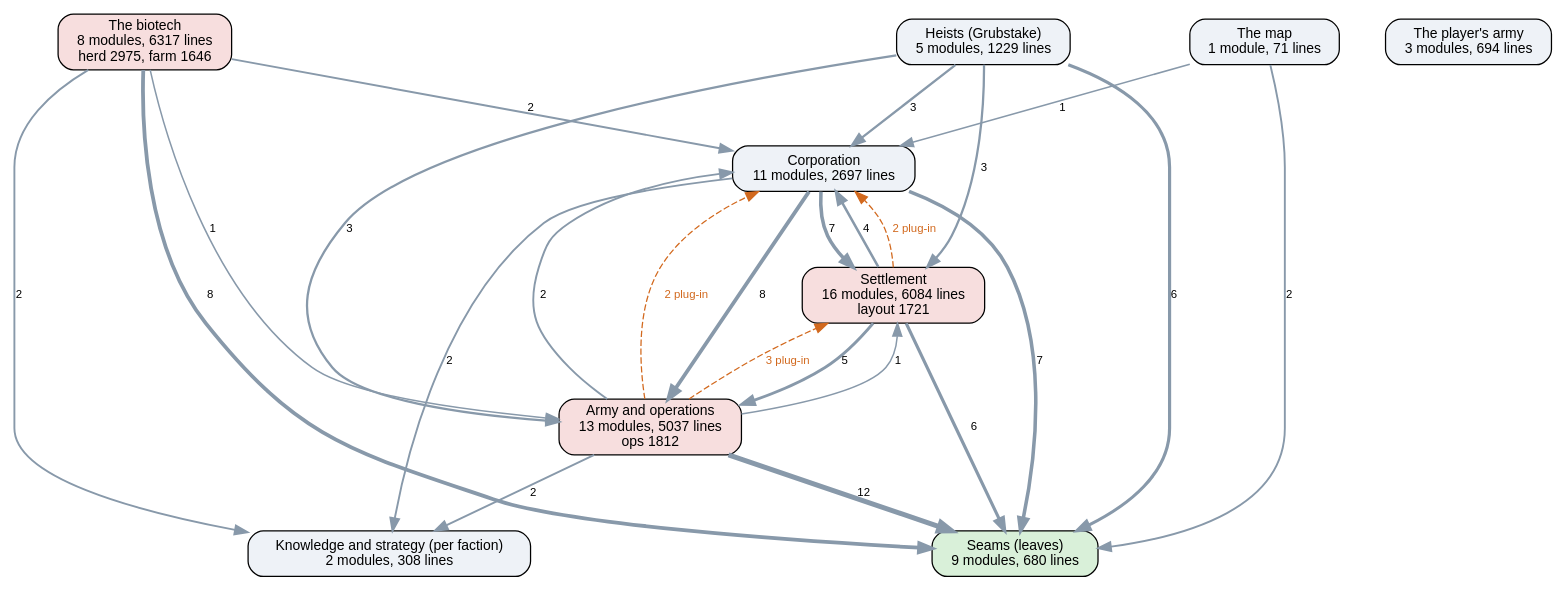
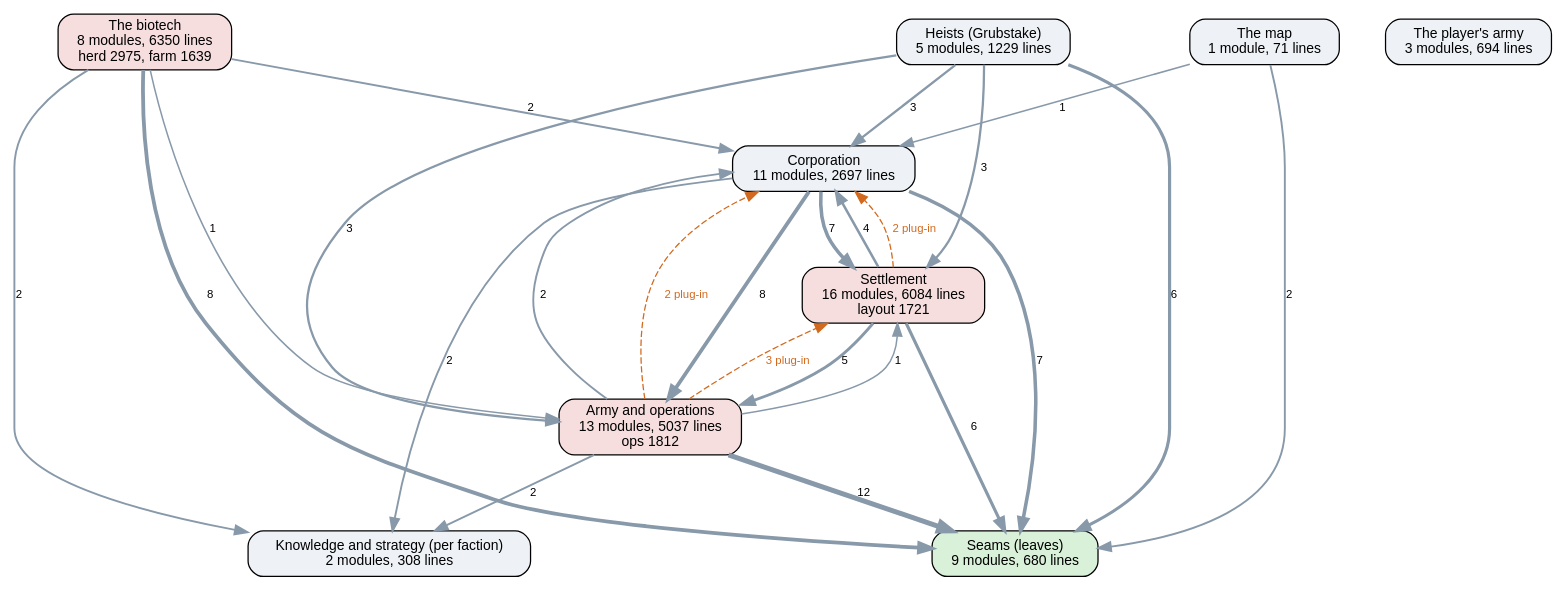
The diagram in docs/ai-layers.dot (kinelhu/landing-party), drawn with Graphviz before and after one commit. The commit also changed 12 other files, not shown here.

```diff
--- a/docs/ai-layers.dot
+++ b/docs/ai-layers.dot
@@ -1,38 +1,38 @@
 digraph layers {
   graph [rankdir=TB, fontname="Helvetica", nodesep=0.5, ranksep=0.7];
   node [shape=box, style="rounded,filled", fontname="Helvetica", fontsize=11, fillcolor="#eef2f7"];
   edge [color="#8899aa", fontname="Helvetica", fontsize=9];
   "Seams (leaves)" [label="Seams (leaves)\n9 modules, 680 lines", fillcolor="#d9f0d9"];
   "Knowledge and strategy (per faction)" [label="Knowledge and strategy (per faction)\n2 modules, 308 lines", fillcolor="#eef2f7"];
   "Corporation" [label="Corporation\n11 modules, 2697 lines", fillcolor="#eef2f7"];
   "Settlement" [label="Settlement\n16 modules, 6084 lines\nlayout 1721", fillcolor="#f7dede"];
   "Army and operations" [label="Army and operations\n13 modules, 5037 lines\nops 1812", fillcolor="#f7dede"];
   "Heists (Grubstake)" [label="Heists (Grubstake)\n5 modules, 1229 lines", fillcolor="#eef2f7"];
-  "The biotech" [label="The biotech\n8 modules, 6317 lines\nherd 2975, farm 1646", fillcolor="#f7dede"];
+  "The biotech" [label="The biotech\n8 modules, 6350 lines\nherd 2975, farm 1639", fillcolor="#f7dede"];
   "The map" [label="The map\n1 module, 71 lines", fillcolor="#eef2f7"];
   "The player's army" [label="The player's army\n3 modules, 694 lines", fillcolor="#eef2f7"];
   "Army and operations" -> "Corporation" [label="2", penwidth=1.5];
   "Army and operations" -> "Knowledge and strategy (per faction)" [label="2", penwidth=1.5];
   "Army and operations" -> "Seams (leaves)" [label="12", penwidth=4.0];
   "Army and operations" -> "Settlement" [label="1", penwidth=1.2];
   "Corporation" -> "Army and operations" [label="8", penwidth=3.0];
   "Corporation" -> "Knowledge and strategy (per faction)" [label="2", penwidth=1.5];
   "Corporation" -> "Seams (leaves)" [label="7", penwidth=2.8];
   "Corporation" -> "Settlement" [label="7", penwidth=2.8];
   "Heists (Grubstake)" -> "Army and operations" [label="3", penwidth=1.8];
   "Heists (Grubstake)" -> "Corporation" [label="3", penwidth=1.8];
   "Heists (Grubstake)" -> "Seams (leaves)" [label="6", penwidth=2.5];
   "Heists (Grubstake)" -> "Settlement" [label="3", penwidth=1.8];
   "Settlement" -> "Army and operations" [label="5", penwidth=2.2];
   "Settlement" -> "Corporation" [label="4", penwidth=2.0];
   "Settlement" -> "Seams (leaves)" [label="6", penwidth=2.5];
   "The biotech" -> "Army and operations" [label="1", penwidth=1.2];
   "The biotech" -> "Corporation" [label="2", penwidth=1.5];
   "The biotech" -> "Knowledge and strategy (per faction)" [label="2", penwidth=1.5];
   "The biotech" -> "Seams (leaves)" [label="8", penwidth=3.0];
   "The map" -> "Corporation" [label="1", penwidth=1.2];
   "The map" -> "Seams (leaves)" [label="2", penwidth=1.5];
   "Army and operations" -> "Corporation" [style=dashed, color="#d2691e", fontcolor="#d2691e", label="2 plug-in"];
   "Army and operations" -> "Settlement" [style=dashed, color="#d2691e", fontcolor="#d2691e", label="3 plug-in"];
   "Settlement" -> "Corporation" [style=dashed, color="#d2691e", fontcolor="#d2691e", label="2 plug-in"];
 }
```
